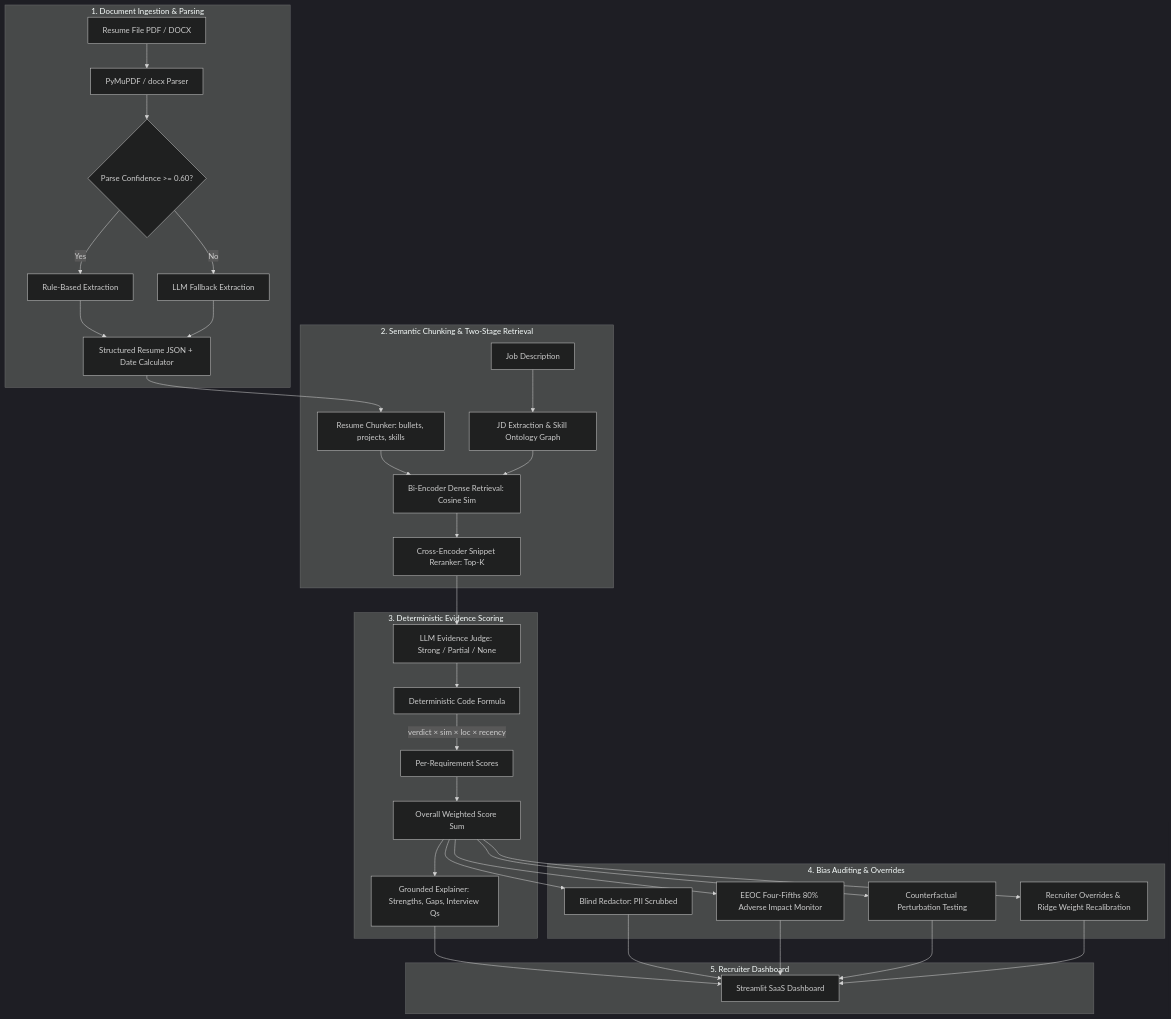
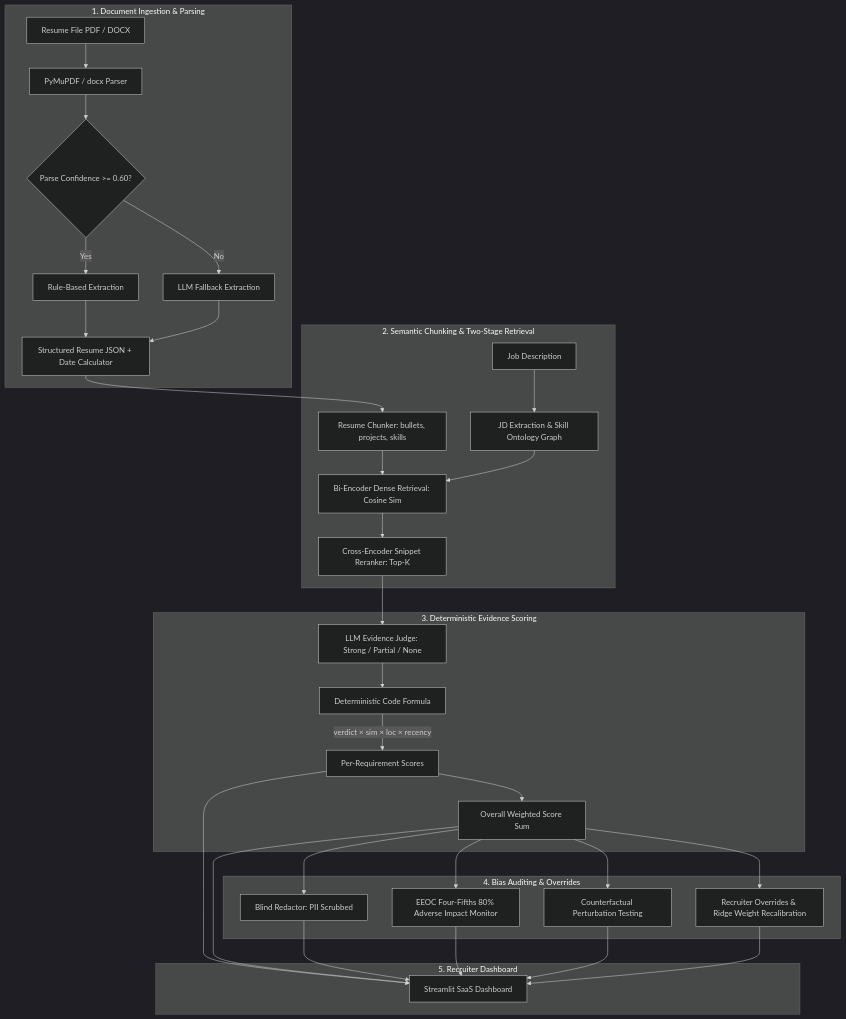
One commit to KunalP22-me/RankWise changed the diagram in README.md. Above: the diagram before and after it, drawn with Mermaid (dark theme). The commit also changed other lines of this file, not shown here.

````diff
--- a/README.md
+++ b/README.md
@@ -16,42 +16,42 @@
 ```mermaid
 flowchart TD
     subgraph INGESTION["1. Document Ingestion & Parsing"]
         A[Resume File PDF / DOCX] --> B[PyMuPDF / docx Parser]
         B --> C{Parse Confidence >= 0.60?}
         C -- Yes --> D[Rule-Based Extraction]
         C -- No --> E[LLM Fallback Extraction]
         D --> F[Structured Resume JSON + Date Calculator]
         E --> F
     end
 
     subgraph RETRIEVAL["2. Semantic Chunking & Two-Stage Retrieval"]
         F --> G[Resume Chunker: bullets, projects, skills]
         H[Job Description] --> I[JD Extraction & Skill Ontology Graph]
         G --> J[Bi-Encoder Dense Retrieval: Cosine Sim]
         I --> J
         J --> K[Cross-Encoder Snippet Reranker: Top-K]
     end
 
     subgraph SCORING["3. Deterministic Evidence Scoring"]
         K --> L[LLM Evidence Judge: Strong / Partial / None]
         L --> M[Deterministic Code Formula]
         M -->|verdict × sim × loc × recency| N[Per-Requirement Scores]
         N --> O[Overall Weighted Score Sum]
-        O --> P[Grounded Explainer: Strengths, Gaps, Interview Qs]
     end
 
     subgraph SAFEGUARDS["4. Bias Auditing & Overrides"]
         O --> Q[Blind Redactor: PII Scrubbed]
         O --> R[EEOC Four-Fifths 80% Adverse Impact Monitor]
         O --> S[Counterfactual Perturbation Testing]
         O --> T[Recruiter Overrides & Ridge Weight Recalibration]
     end
 
     subgraph UI["5. Recruiter Dashboard"]
-        P --> U[Streamlit SaaS Dashboard]
+        N --> U[Streamlit SaaS Dashboard]
+        O --> U
         Q --> U
         R --> U
         S --> U
         T --> U
     end
 ```
````
